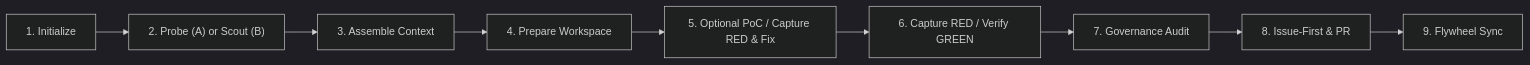
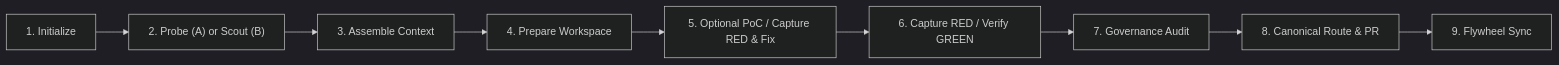
Before and after one commit to MeiSiristhebest/opencontrib: the diagram in skills/opencontrib-cli/SKILL.md, drawn with Mermaid (dark theme). The commit also changed other lines of this file and 48 other files, not shown here.

````diff
--- a/skills/opencontrib-cli/SKILL.md
+++ b/skills/opencontrib-cli/SKILL.md
@@ -25,11 +25,11 @@
 ```mermaid
 graph LR
     P1["1. Initialize"] --> P2["2. Probe (A) or Scout (B)"]
     P2 --> P3["3. Assemble Context"]
     P3 --> P4["4. Prepare Workspace"]
     P4 --> P5["5. Optional PoC / Capture RED & Fix"]
     P5 --> P6["6. Capture RED / Verify GREEN"]
     P6 --> P7["7. Governance Audit"]
-    P7 --> P8["8. Issue-First & PR"]
+    P7 --> P8["8. Canonical Route & PR"]
     P8 --> P9["9. Flywheel Sync"]
 ```
````
